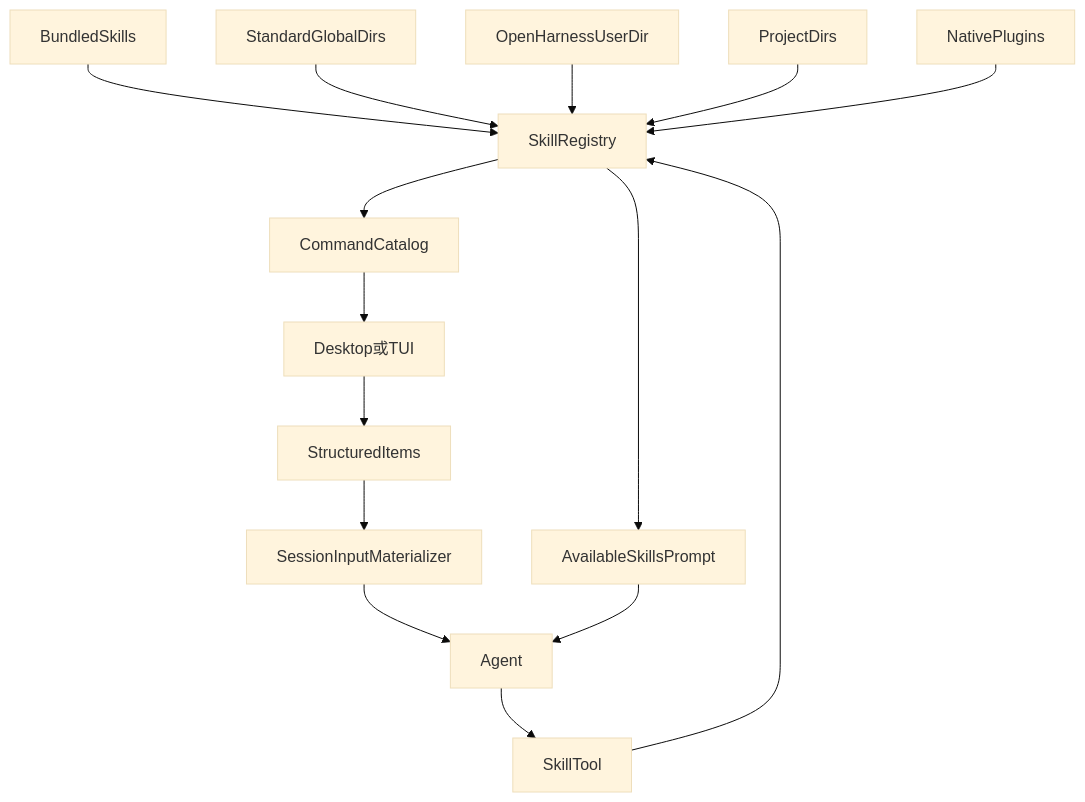
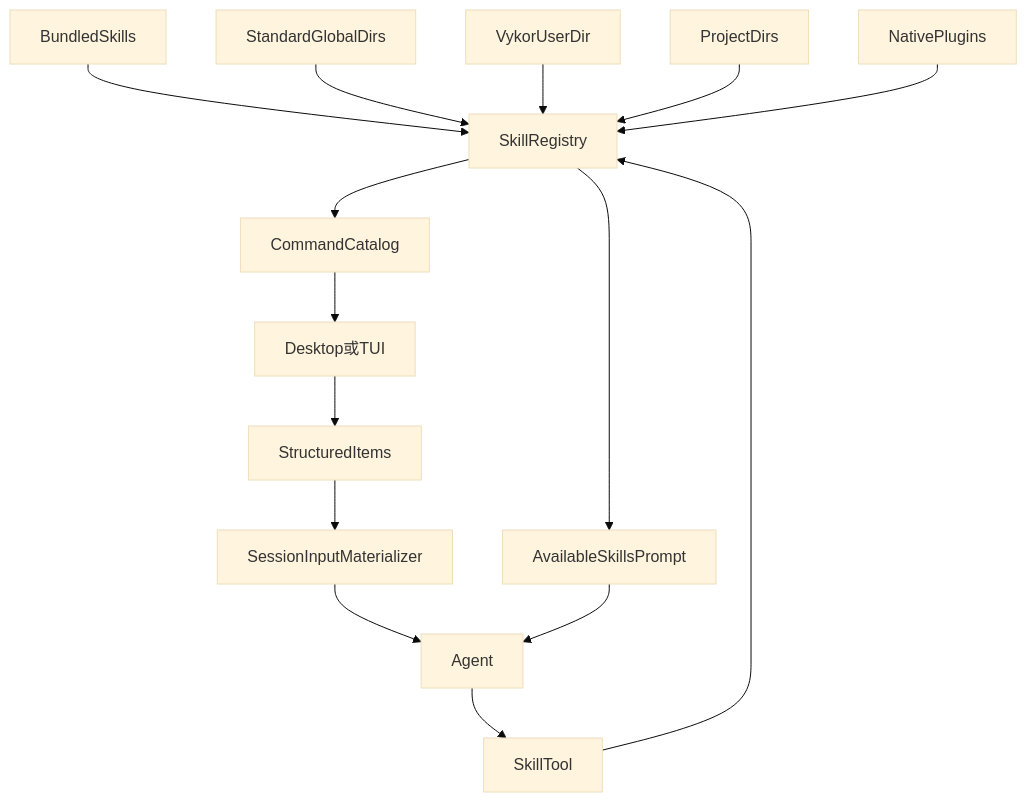
The diagram in docs/skills-flow.md (rzx007/Vykor), drawn with Mermaid (base theme) before and after one commit. The commit also changed 1124 other files, not shown here.

````diff
--- a/docs/skills-flow.md
+++ b/docs/skills-flow.md
@@ -28,25 +28,25 @@
 ```mermaid
 flowchart TD
   bundled[BundledSkills]
   global[StandardGlobalDirs]
-  user[OpenHarnessUserDir]
+  user[VykorUserDir]
   project[ProjectDirs]
   plugin[NativePlugins]
   registry[SkillRegistry]
   catalog[CommandCatalog]
   picker[Desktop或TUI]
   items[StructuredItems]
   materializer[SessionInputMaterializer]
   modelList[AvailableSkillsPrompt]
   agent[Agent]
   skillTool[SkillTool]
 
   bundled --> registry
   global --> registry
   user --> registry
   project --> registry
   plugin --> registry
   registry --> catalog --> picker --> items --> materializer --> agent
   registry --> modelList --> agent
   agent --> skillTool --> registry
 ```
````
